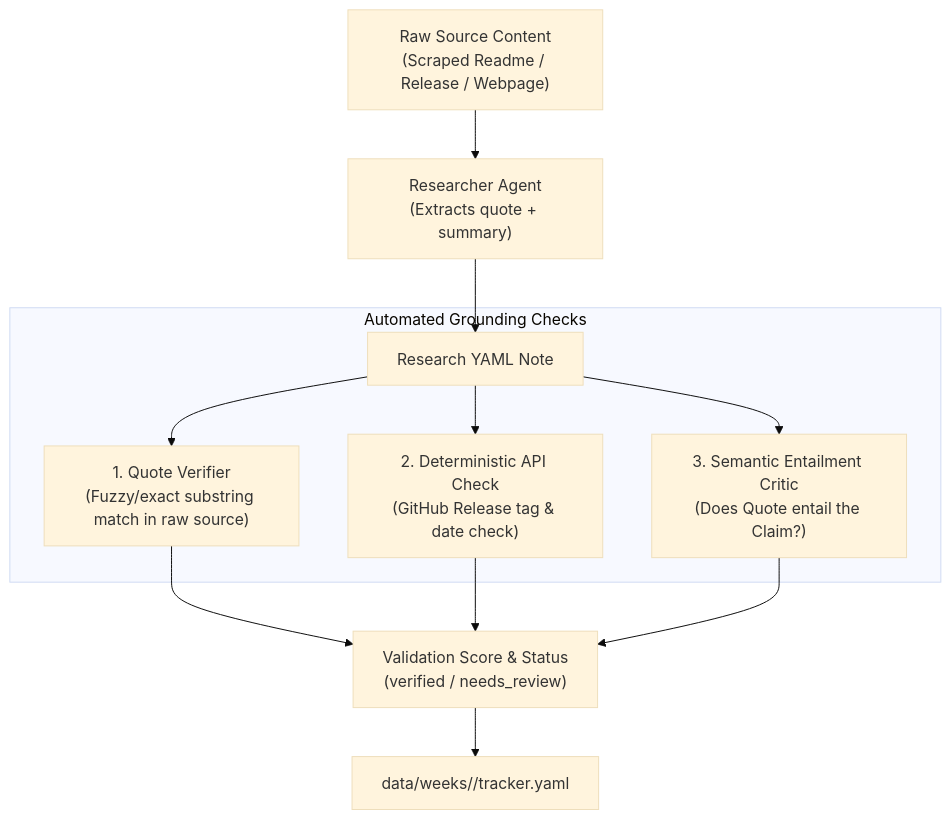
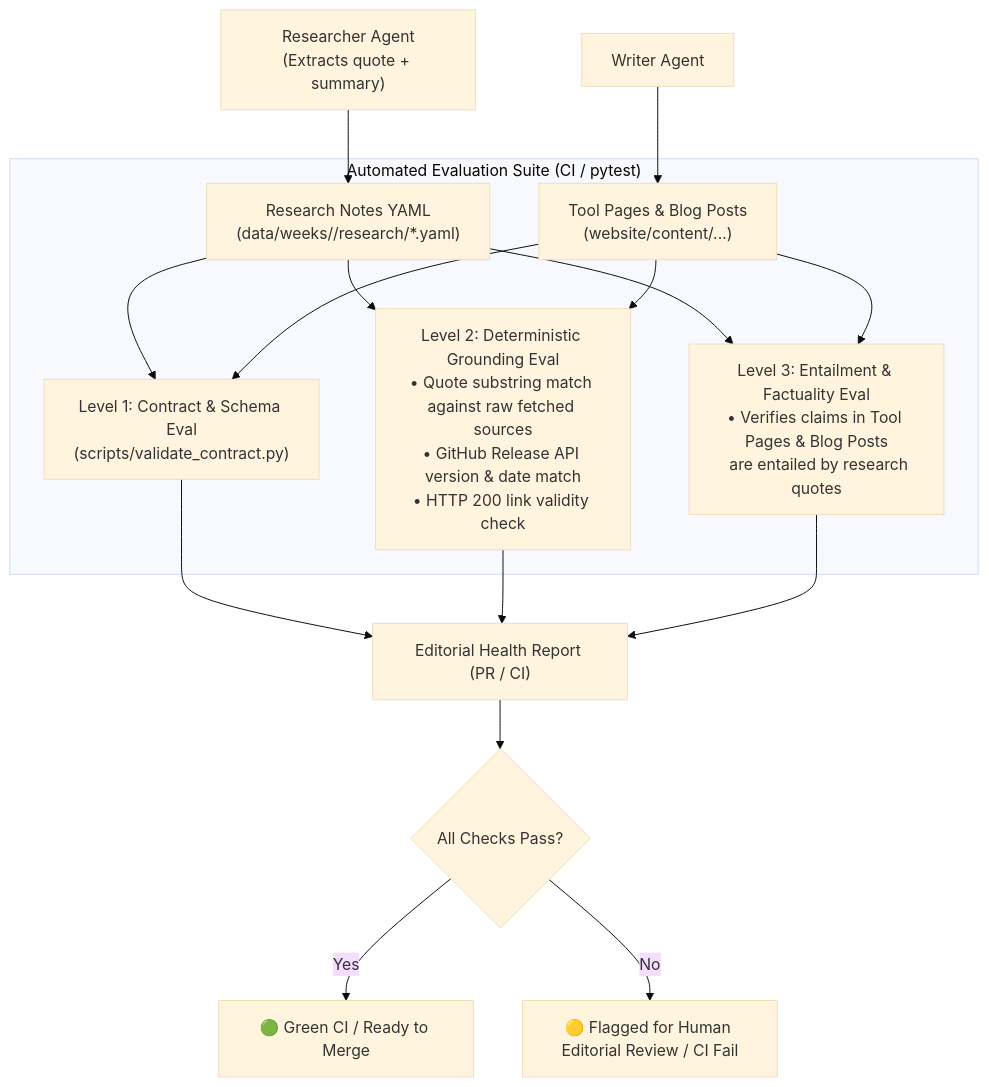
The diagram in docs/editorial-governance-and-grounding.md (mekitmedia/cncf-landscape-a-to-z), drawn with Mermaid (base theme) before and after one commit. The commit also changed other lines of this file, not shown here.

Commit message:
docs: formalize grounding validation within the evaluation framework and decouple from tracker

````diff
--- a/docs/editorial-governance-and-grounding.md
+++ b/docs/editorial-governance-and-grounding.md
@@ -121,14 +121,16 @@
 ```mermaid
 flowchart TD
-    RawWeb["Raw Source Content\n(Scraped Readme / Release / Webpage)"] --> AgentExtract["Researcher Agent\n(Extracts quote + summary)"]
-    AgentExtract --> YAML["Research YAML Note"]
+    Researcher["Researcher Agent\n(Extracts quote + summary)"] --> Notes["Research Notes YAML\n(data/weeks/<ID>/research/*.yaml)"]
+    Writer["Writer Agent"] --> Targets["Tool Pages & Blog Posts\n(website/content/...)"]
     
-    subgraph Val["Automated Grounding Checks"]
-        YAML --> SubstringMatch["1. Quote Verifier\n(Fuzzy/exact substring match in raw source)"]
-        YAML --> APIVerify["2. Deterministic API Check\n(GitHub Release tag & date check)"]
-        YAML --> EntailmentCheck["3. Semantic Entailment Critic\n(Does Quote entail the Claim?)"]
+    subgraph EvalFramework["Automated Evaluation Suite (CI / pytest)"]
+        Notes & Targets --> L1["Level 1: Contract & Schema Eval\n(scripts/validate_contract.py)"]
+        Notes & Targets --> L2["Level 2: Deterministic Grounding Eval\n• Quote substring match against raw fetched sources\n• GitHub Release API version & date match\n• HTTP 200 link validity check"]
+        Notes & Targets --> L3["Level 3: Entailment & Factuality Eval\n• Verifies claims in Tool Pages & Blog Posts\n  are entailed by research quotes"]
     end
     
-    SubstringMatch & APIVerify & EntailmentCheck --> Score["Validation Score & Status\n(verified / needs_review)"]
-    Score --> Tracker["data/weeks/<WEEK>/tracker.yaml"]
+    L1 & L2 & L3 --> Report["Editorial Health Report (PR / CI)"]
+    Report --> Decision{"All Checks Pass?"}
+    Decision -- Yes --> AutoGreen["🟢 Green CI / Ready to Merge"]
+    Decision -- No --> FlagHuman["🟡 Flagged for Human Editorial Review / CI Fail"]
 ```
````
